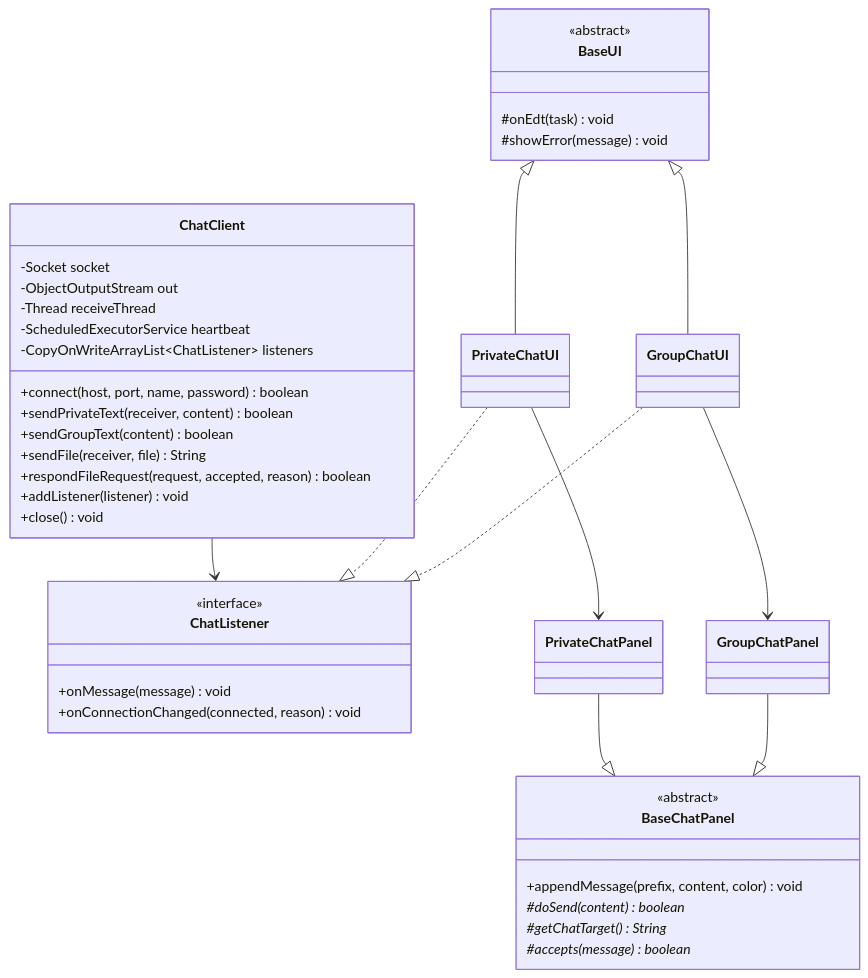
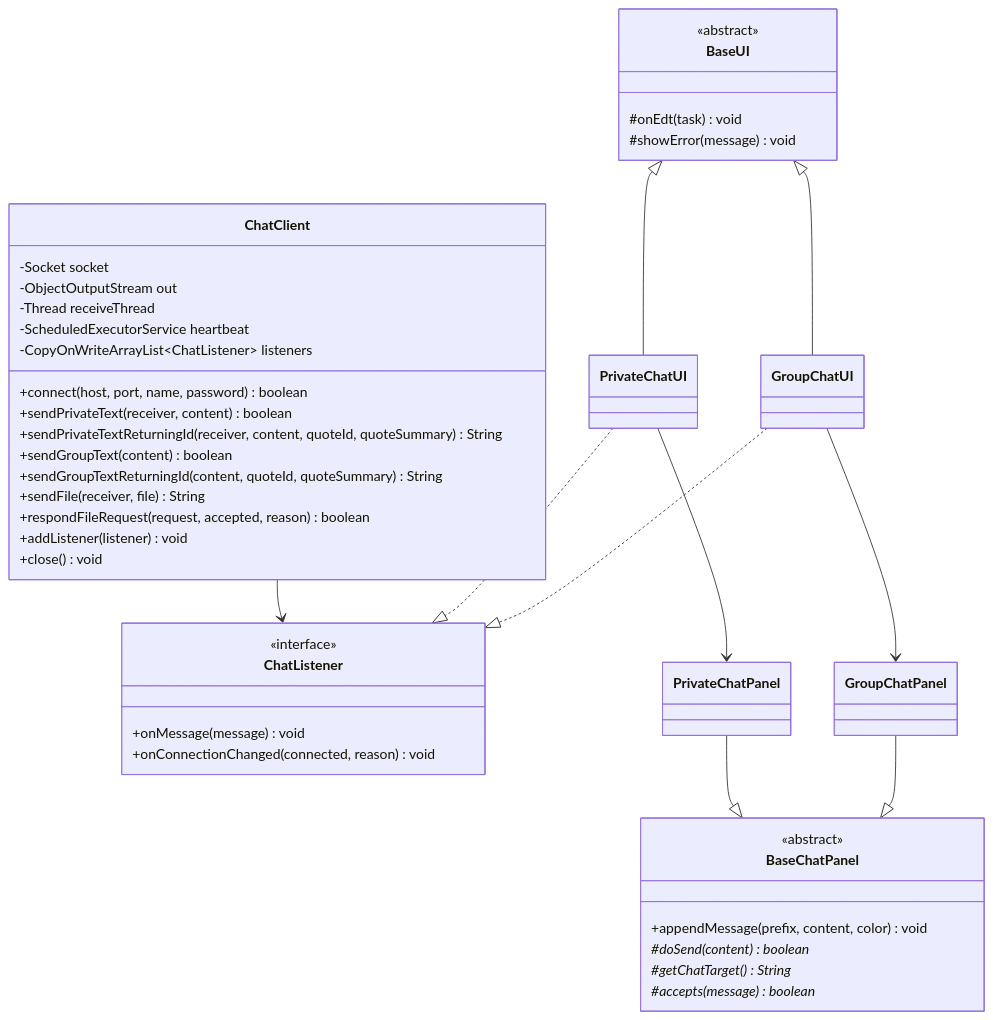
One commit to FeiTwnd/lanchat changed the seventh of 12 diagrams in docs/report/课程设计报告.md. Above: the diagram before and after it, drawn with Mermaid. The commit also changed other lines of this file and 33 other files, not shown here.

````diff
--- a/docs/report/课程设计报告.md
+++ b/docs/report/课程设计报告.md
@@ -540,48 +540,50 @@
 ```mermaid
 classDiagram
     class ChatClient {
         -Socket socket
         -ObjectOutputStream out
         -Thread receiveThread
         -ScheduledExecutorService heartbeat
         -CopyOnWriteArrayList~ChatListener~ listeners
         +connect(host, port, name, password) boolean
         +sendPrivateText(receiver, content) boolean
+        +sendPrivateTextReturningId(receiver, content, quoteId, quoteSummary) String
         +sendGroupText(content) boolean
+        +sendGroupTextReturningId(content, quoteId, quoteSummary) String
         +sendFile(receiver, file) String
         +respondFileRequest(request, accepted, reason) boolean
         +addListener(listener) void
         +close() void
     }
     class ChatListener {
         <<interface>>
         +onMessage(message) void
         +onConnectionChanged(connected, reason) void
     }
     class BaseUI {
         <<abstract>>
         #onEdt(task) void
         #showError(message) void
     }
     class BaseChatPanel {
         <<abstract>>
         +appendMessage(prefix, content, color) void
         #doSend(content)* boolean
         #getChatTarget()* String
         #accepts(message)* boolean
     }
     class PrivateChatUI
     class PrivateChatPanel
     class GroupChatUI
     class GroupChatPanel
 
     BaseUI <|-- PrivateChatUI
     BaseUI <|-- GroupChatUI
     PrivateChatUI --> PrivateChatPanel
     PrivateChatPanel --|> BaseChatPanel
     GroupChatUI --> GroupChatPanel
     GroupChatPanel --|> BaseChatPanel
     ChatClient --> ChatListener
     PrivateChatUI ..|> ChatListener
     GroupChatUI ..|> ChatListener
 ```
````
